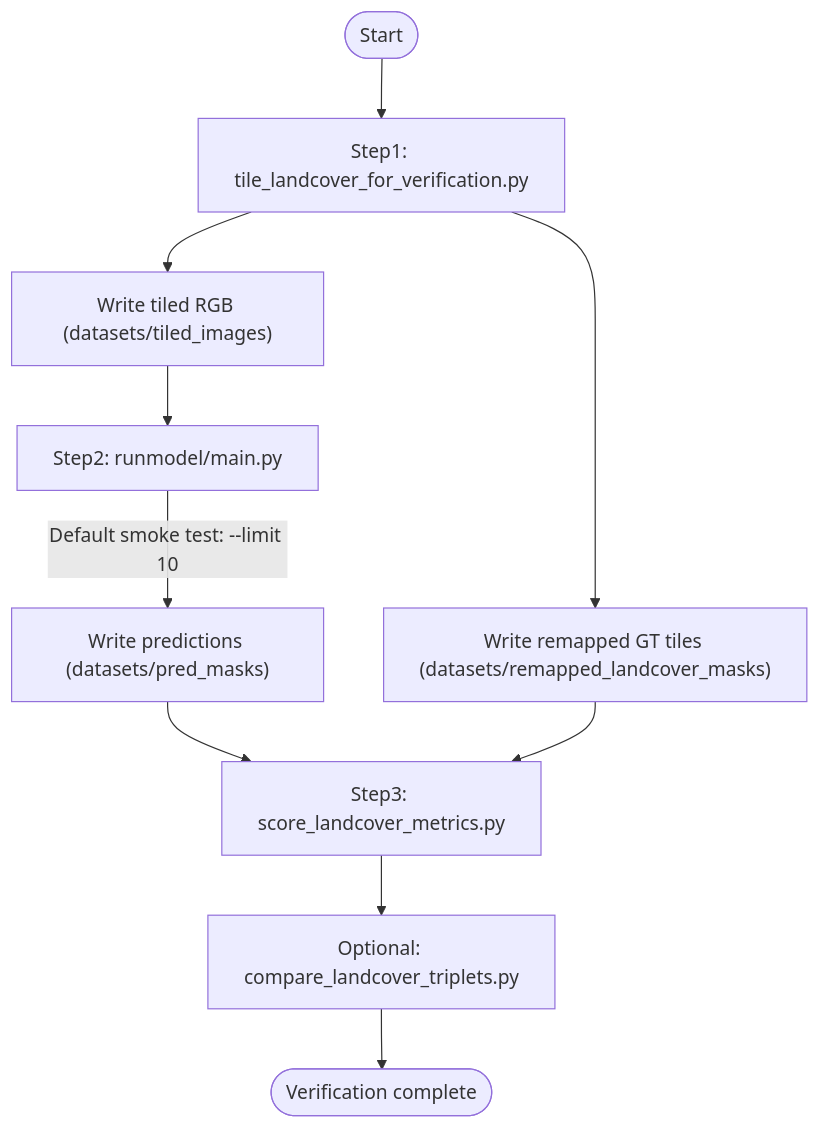
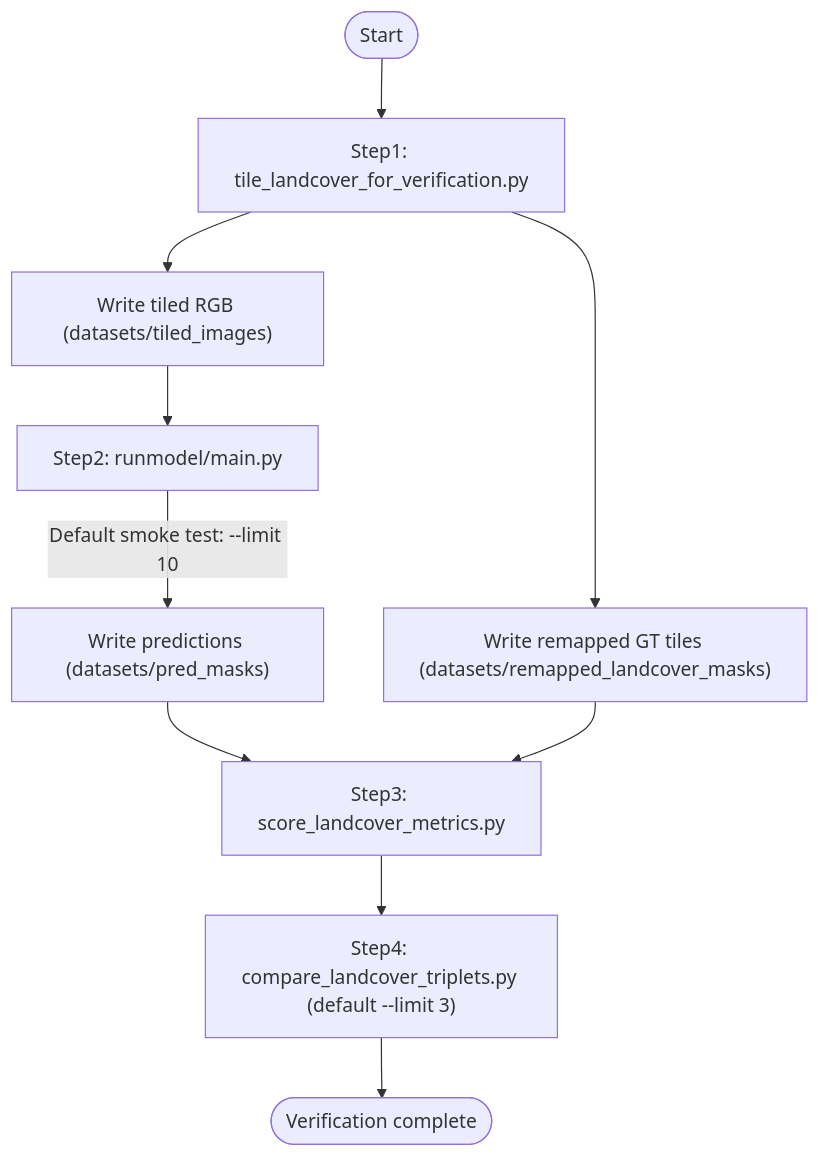
One commit to YawNimo/ndvi-guided-rgb-segmentation changed the diagram in landcover_verification/README.md. Above: the diagram before and after it, drawn with Mermaid. The commit also changed other lines of this file and 6 other files, not shown here.

````diff
--- a/landcover_verification/README.md
+++ b/landcover_verification/README.md
@@ -7,12 +7,12 @@
 ```mermaid
 flowchart TD
   Start([Start]) --> TileScript["Step1: tile_landcover_for_verification.py"]
   TileScript --> RgbTiles["Write tiled RGB (datasets/tiled_images)"]
   TileScript --> GtRemap["Write remapped GT tiles (datasets/remapped_landcover_masks)"]
   RgbTiles --> Runmodel["Step2: runmodel/main.py"]
   Runmodel -->|"Default smoke test: --limit 10"| PredOut["Write predictions (datasets/pred_masks)"]
   PredOut --> Score["Step3: score_landcover_metrics.py"]
   GtRemap --> Score
-  Score --> Triplets["Optional: compare_landcover_triplets.py"]
+  Score --> Triplets["Step4: compare_landcover_triplets.py (default --limit 3)"]
   Triplets --> Done([Verification complete])
 ```
````
